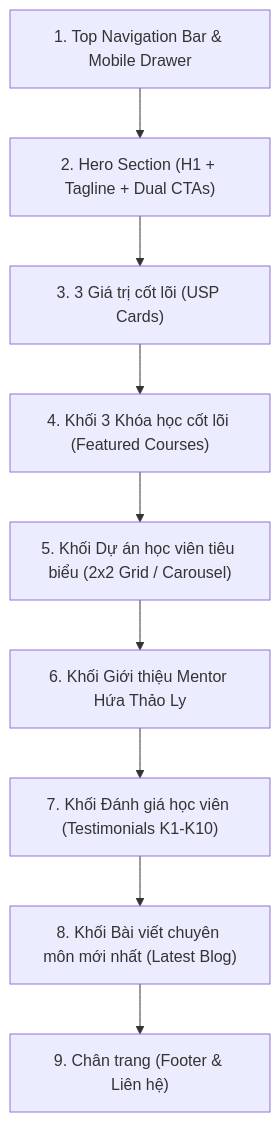
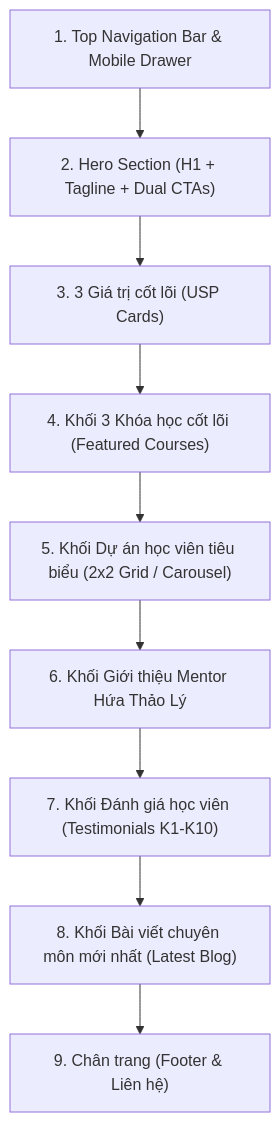
The diagram in .docs/03-modules/M01-homepage/prd.md (TruongHienTHMH/Ed_tech), drawn with Mermaid before and after one commit. The commit also changed other lines of this file and 90 other files, not shown here.

````diff
--- a/.docs/03-modules/M01-homepage/prd.md
+++ b/.docs/03-modules/M01-homepage/prd.md
@@ -31,11 +31,11 @@
 ```mermaid
 flowchart TD
     S1["1. Top Navigation Bar & Mobile Drawer"] --> S2["2. Hero Section (H1 + Tagline + Dual CTAs)"]
     S2 --> S3["3. 3 Giá trị cốt lõi (USP Cards)"]
     S3 --> S4["4. Khối 3 Khóa học cốt lõi (Featured Courses)"]
     S4 --> S5["5. Khối Dự án học viên tiêu biểu (2x2 Grid / Carousel)"]
-    S5 --> S6["6. Khối Giới thiệu Mentor Hứa Thảo Ly"]
+    S5 --> S6["6. Khối Giới thiệu Mentor Hứa Thảo Lý"]
     S6 --> S7["7. Khối Đánh giá học viên (Testimonials K1-K10)"]
     S7 --> S8["8. Khối Bài viết chuyên môn mới nhất (Latest Blog)"]
     S8 --> S9["9. Chân trang (Footer & Liên hệ)"]
 ```
````
